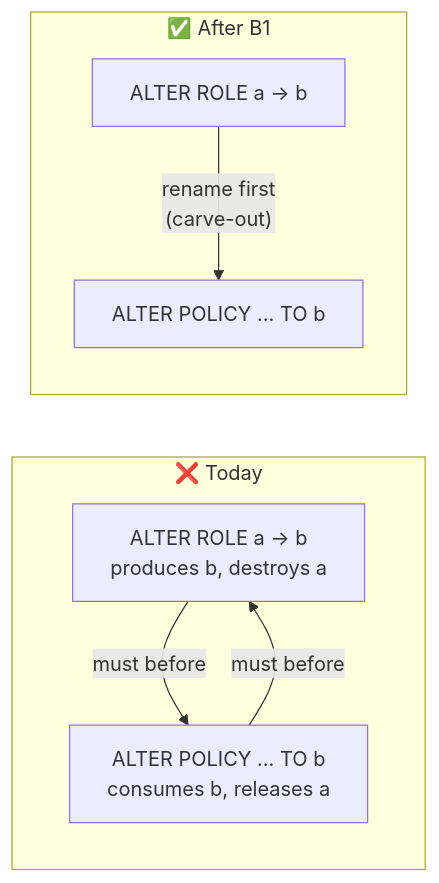
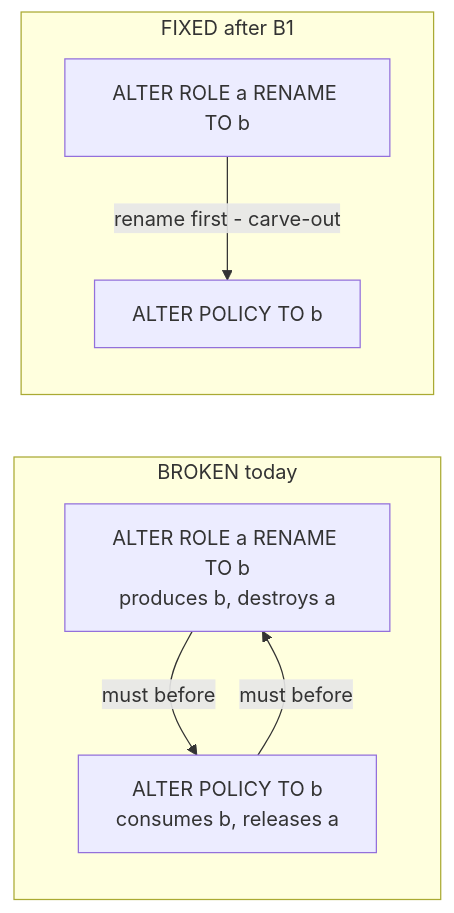
Before and after one commit to 7ttp/pg-toolbelt: the third of 11 diagrams in docs/roadmap/agent-tracks/OVERVIEW.md, drawn with Mermaid. The commit also changed other lines of this file and 2 other files, not shown here.

````diff
--- a/docs/roadmap/agent-tracks/OVERVIEW.md
+++ b/docs/roadmap/agent-tracks/OVERVIEW.md
@@ -119,15 +130,15 @@
 ```mermaid
 flowchart LR
-  subgraph broken ["❌ Today"]
-    R1["ALTER ROLE a → b<br/>produces b, destroys a"]
-    P1["ALTER POLICY … TO b<br/>consumes b, releases a"]
-    R1 -->|"must before"| P1
-    P1 -->|"must before"| R1
+  subgraph broken [BROKEN today]
+    R1["ALTER ROLE a RENAME TO b<br/>produces b, destroys a"]
+    P1["ALTER POLICY TO b<br/>consumes b, releases a"]
+    R1 -->|must before| P1
+    P1 -->|must before| R1
   end
 
-  subgraph fixed ["✅ After B1"]
-    R2["ALTER ROLE a → b"]
-    P2["ALTER POLICY … TO b"]
-    R2 -->|"rename first<br/>(carve-out)"| P2
+  subgraph fixed [FIXED after B1]
+    R2["ALTER ROLE a RENAME TO b"]
+    P2["ALTER POLICY TO b"]
+    R2 -->|rename first - carve-out| P2
   end
 ```
````
